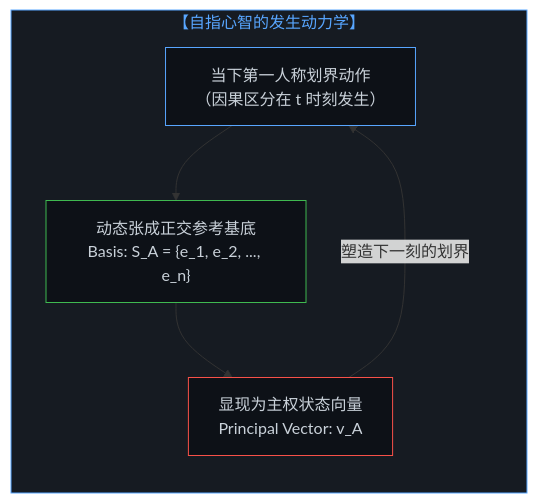
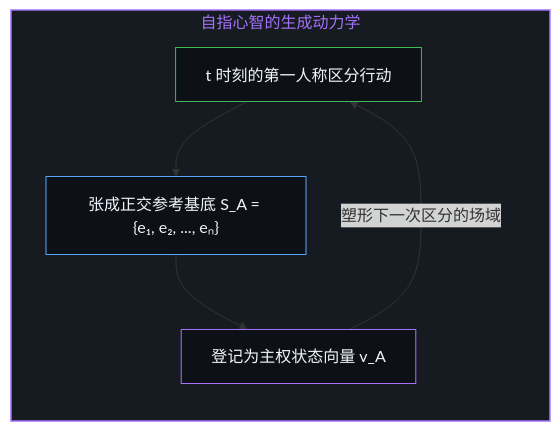
The first of 8 diagrams in content/posts/the-mind-as-vector-and-coordinate-system.md (powerpig99/not-a-toe), drawn with Mermaid before and after one commit. The commit also changed other lines of this file and 1 other file, not shown here.

Commit message:
Sleep L1 #6 (beyond-the-projection): refine the-mind-as-vector-and-coordinate-system

````diff
--- a/content/posts/the-mind-as-vector-and-coordinate-system.md
+++ b/content/posts/the-mind-as-vector-and-coordinate-system.md
@@ -41,17 +27,17 @@
 ```mermaid
-graph TD
-    subgraph MindSys["【自指心智的发生动力学】"]
+flowchart TD
+    subgraph S_Mind["自指心智的生成动力学"]
         direction TB
-        Act["当下第一人称划界动作<br>（因果区分在 t 时刻发生）"]
-        Axis["动态张成正交参考基底<br>Basis: S_A = {e_1, e_2, ..., e_n}"]
-        Vec["显现为主权状态向量<br>Principal Vector: v_A"]
+        Act["t 时刻的第一人称区分行动"]
+        Axis["张成正交参考基底 S_A = {e₁, e₂, ..., eₙ}"]
+        Vec["登记为主权状态向量 v_A"]
         Act --> Axis
         Axis --> Vec
-        Vec -->|"塑造下一刻的划界"| Act
+        Vec -->|"塑形下一次区分的场域"| Act
     end
 
-    style MindSys fill:#161b22,stroke:#58a6ff,stroke-width:1px,color:#58a6ff
-    style Act fill:#0d1117,stroke:#58a6ff,stroke-width:1px,color:#c9d1d9
-    style Axis fill:#0d1117,stroke:#3fb950,stroke-width:1px,color:#c9d1d9
-    style Vec fill:#0d1117,stroke:#f85149,stroke-width:1px,color:#c9d1d9
+    style S_Mind fill:#161b22,stroke:#a371f7,stroke-width:1.5px,color:#a371f7
+    style Act fill:#0d1117,stroke:#3fb950,stroke-width:1px,color:#f0f6fc
+    style Axis fill:#0d1117,stroke:#58a6ff,stroke-width:1px,color:#f0f6fc
+    style Vec fill:#0d1117,stroke:#a371f7,stroke-width:1px,color:#f0f6fc
 ```
````
